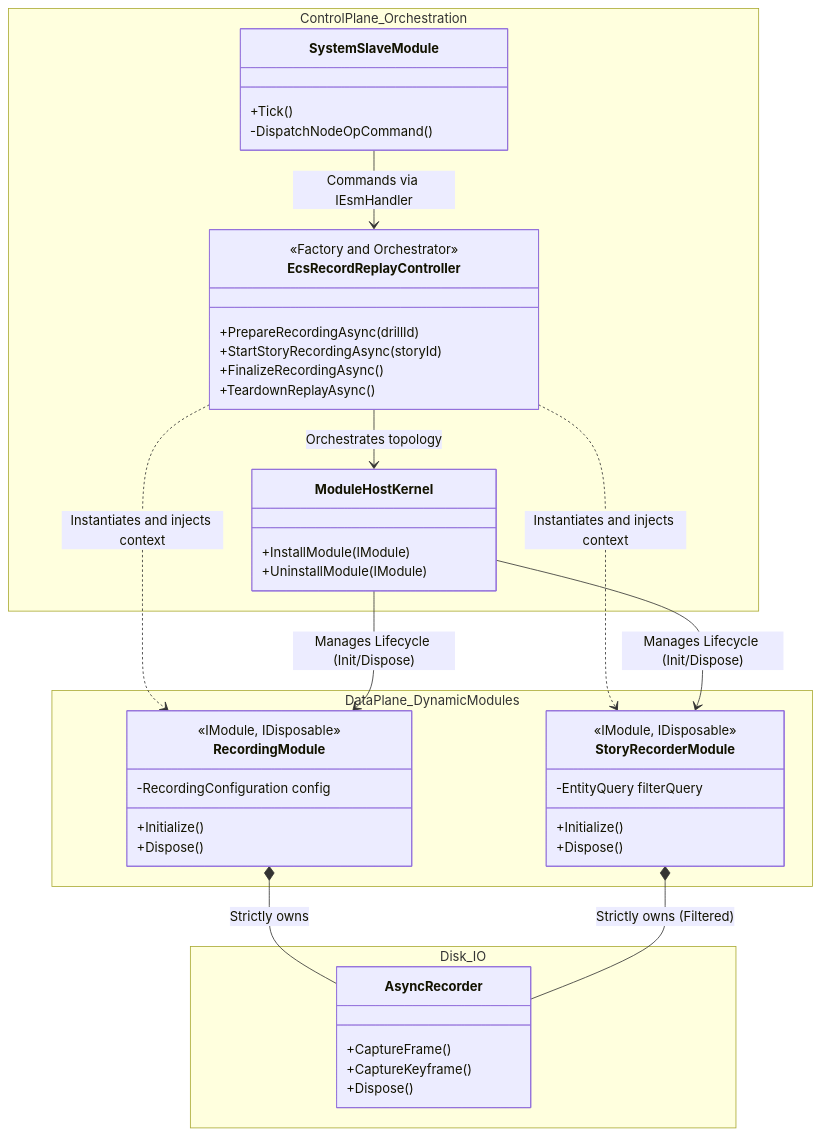
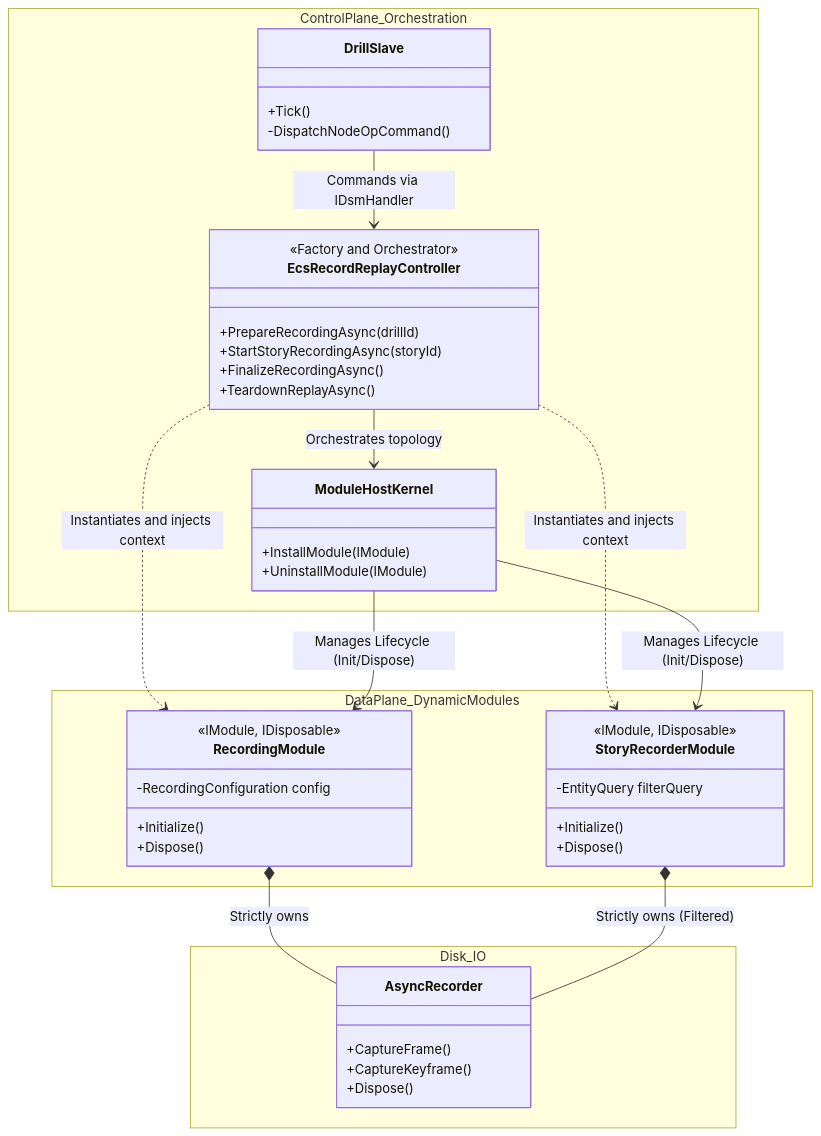
The fifth of 11 diagrams in docs/rec-plb-mgmt/DESIGN.md (pjanec/HROT), drawn with Mermaid before and after one commit. The commit also changed other lines of this file and 4 other files, not shown here.

````diff
--- a/docs/rec-plb-mgmt/DESIGN.md
+++ b/docs/rec-plb-mgmt/DESIGN.md
@@ -1948,55 +1948,55 @@
 ```mermaid
 classDiagram
     direction TB
 
     namespace ControlPlane_Orchestration {
-        class SystemSlaveModule {
+        class DrillSlave {
             +Tick()
             -DispatchNodeOpCommand()
         }
         class EcsRecordReplayController {
             <<Factory and Orchestrator>>
             +PrepareRecordingAsync(drillId)
             +StartStoryRecordingAsync(storyId)
             +FinalizeRecordingAsync()
             +TeardownReplayAsync()
         }
         class ModuleHostKernel {
             +InstallModule(IModule)
             +UninstallModule(IModule)
         }
     }
 
     namespace DataPlane_DynamicModules {
         class RecordingModule {
             <<IModule, IDisposable>>
             -RecordingConfiguration config
             +Initialize()
             +Dispose()
         }
         class StoryRecorderModule {
             <<IModule, IDisposable>>
             -EntityQuery filterQuery
             +Initialize()
             +Dispose()
         }
     }
 
     namespace Disk_IO {
         class AsyncRecorder {
             +CaptureFrame()
             +CaptureKeyframe()
             +Dispose()
         }
     }
 
-    SystemSlaveModule --> EcsRecordReplayController : Commands via IEsmHandler
+    DrillSlave --> EcsRecordReplayController : Commands via IDsmHandler
     EcsRecordReplayController ..> RecordingModule : Instantiates and injects context
     EcsRecordReplayController ..> StoryRecorderModule : Instantiates and injects context
     EcsRecordReplayController --> ModuleHostKernel : Orchestrates topology
     ModuleHostKernel --> RecordingModule : Manages Lifecycle (Init/Dispose)
     ModuleHostKernel --> StoryRecorderModule : Manages Lifecycle (Init/Dispose)
 
     RecordingModule *-- AsyncRecorder : Strictly owns
     StoryRecorderModule *-- AsyncRecorder : Strictly owns (Filtered)
 ```
````
